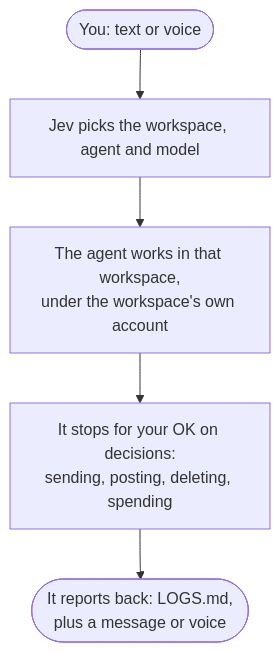
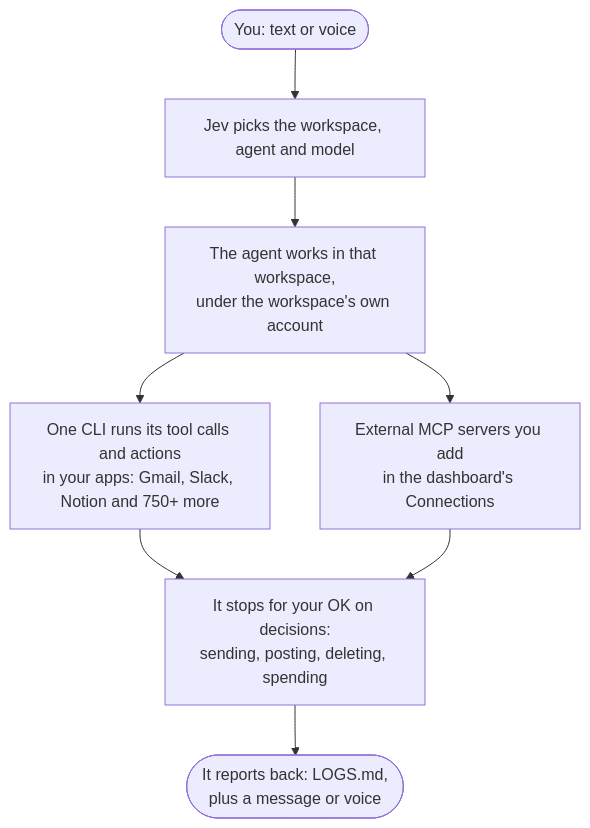
Before and after one commit to janmm97/orchy-ai: the diagram in README.md, drawn with Mermaid. The commit also changed other lines of this file, not shown here.

Commit message:
README: How it works shows One CLI for tool calls and external MCP servers

````diff
--- a/README.md
+++ b/README.md
@@ -121,7 +121,10 @@
 ```mermaid
 flowchart TD
     you(["You: text or voice"]) --> jev["Jev picks the workspace, agent and model"]
     jev --> agent["The agent works in that workspace,<br/>under the workspace's own account"]
-    agent --> ok["It stops for your OK on decisions:<br/>sending, posting, deleting, spending"]
+    agent --> one["One CLI runs its tool calls and actions<br/>in your apps: Gmail, Slack, Notion and 750+ more"]
+    agent --> mcp["External MCP servers you add<br/>in the dashboard's Connections"]
+    one --> ok["It stops for your OK on decisions:<br/>sending, posting, deleting, spending"]
+    mcp --> ok
     ok --> done(["It reports back: LOGS.md,<br/>plus a message or voice"])
 ```
````
